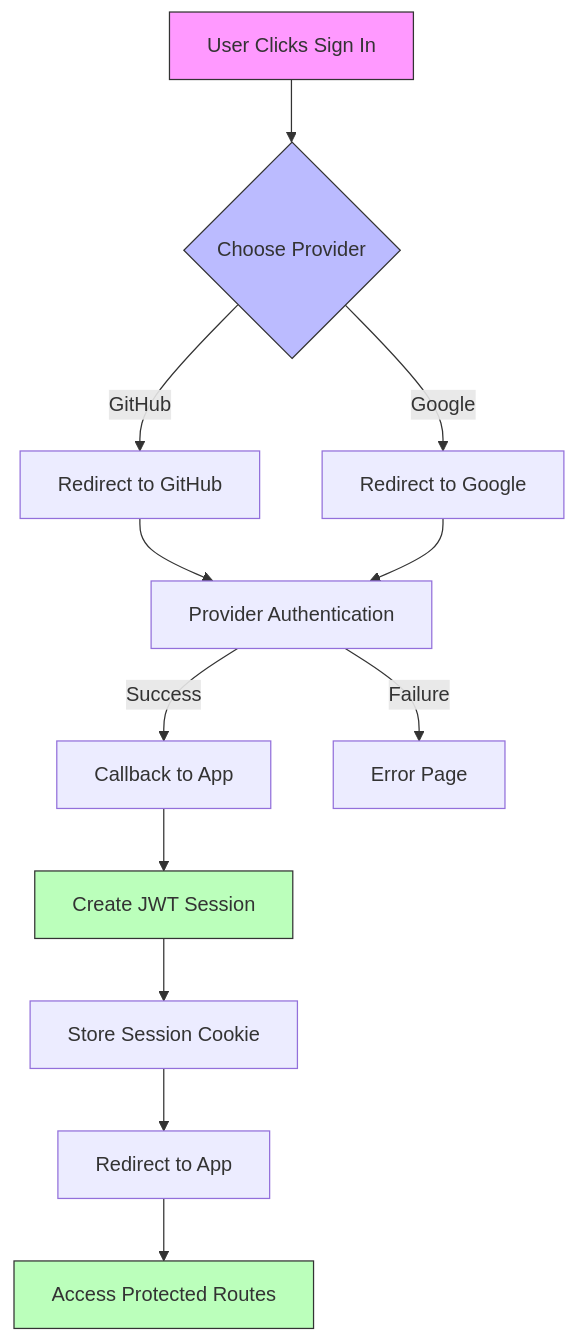
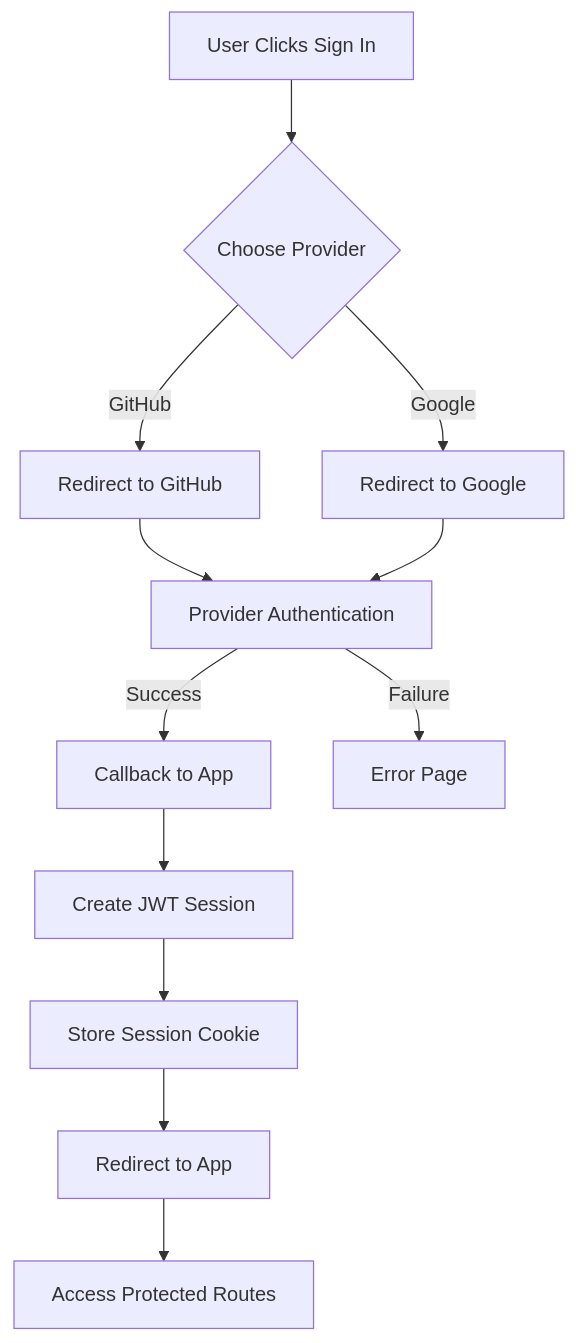
Before and after one commit to bibschan/cloud-summit-2025: the first of 4 diagrams in docs/authentication.md, drawn with Mermaid. The commit also changed other lines of this file, not shown here.

Commit message:
docs: Remove unnecessary styling from authentication flowcharts

````diff
--- a/docs/authentication.md
+++ b/docs/authentication.md
@@ -165,19 +165,14 @@
 ```mermaid
 graph TD
     A[User Clicks Sign In] --> B{Choose Provider}
     B -->|GitHub| C1[Redirect to GitHub]
     B -->|Google| C2[Redirect to Google]
     C1 --> D[Provider Authentication]
     C2 --> D
     D -->|Success| E[Callback to App]
     D -->|Failure| F[Error Page]
     E --> G[Create JWT Session]
     G --> H[Store Session Cookie]
     H --> I[Redirect to App]
     I --> J[Access Protected Routes]
-    
-    style A fill:#f9f,stroke:#333
-    style B fill:#bbf,stroke:#333
-    style G fill:#bfb,stroke:#333
-    style J fill:#bfb,stroke:#333
 ```
````
